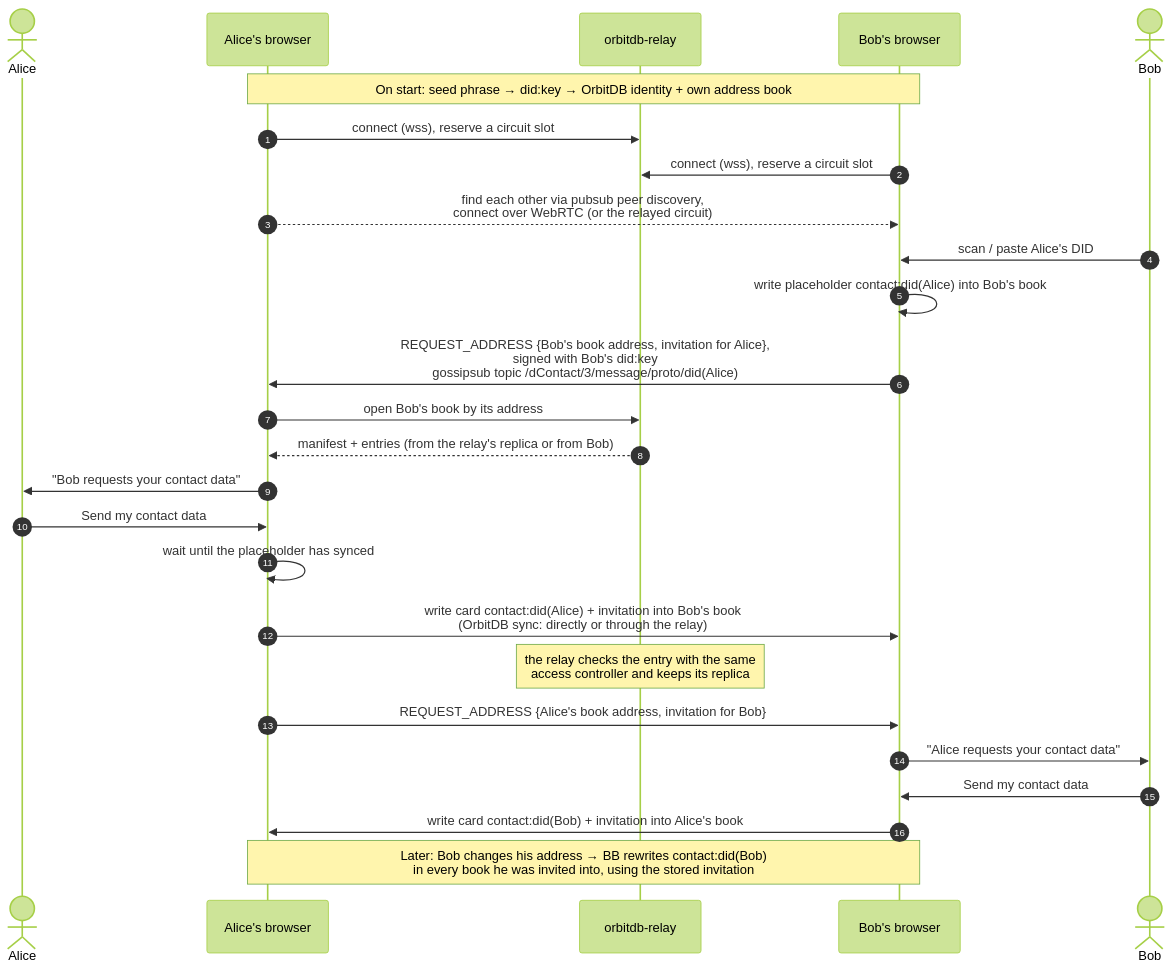
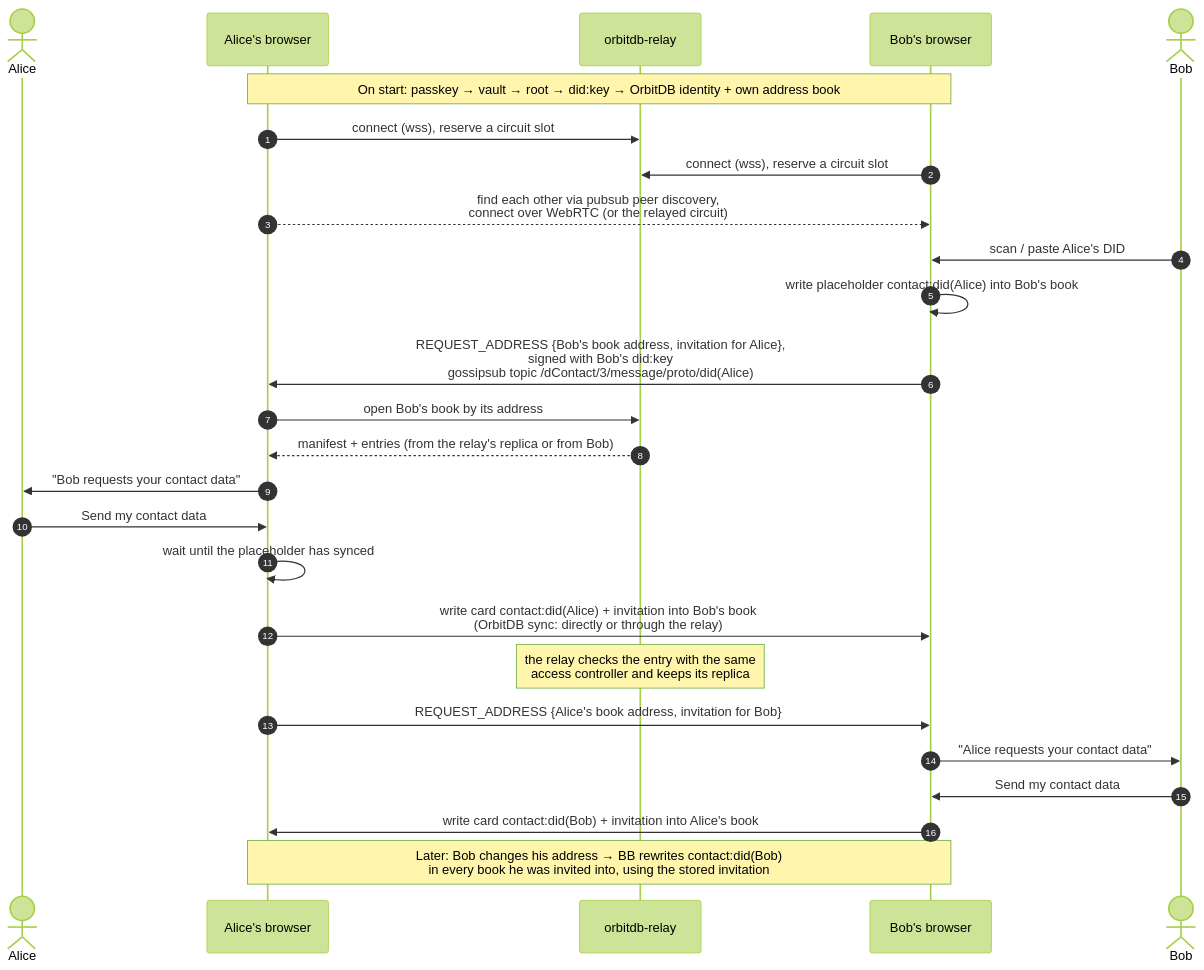
One commit to NiKrause/deContact changed the third of 3 diagrams in docs/how-it-works.md. Above: the diagram before and after it, drawn with Mermaid (forest theme). The commit also changed other lines of this file and 36 other files, not shown here.

````diff
--- a/docs/how-it-works.md
+++ b/docs/how-it-works.md
@@ -46,33 +87,33 @@
 ```mermaid
 sequenceDiagram
     autonumber
     actor Alice
     participant AB as Alice's browser
     participant R as orbitdb-relay
     participant BB as Bob's browser
     actor Bob
 
-    Note over AB,BB: On start: seed phrase → did:key → OrbitDB identity + own address book
+    Note over AB,BB: On start: passkey → vault → root → did:key → OrbitDB identity + own address book
     AB->>R: connect (wss), reserve a circuit slot
     BB->>R: connect (wss), reserve a circuit slot
     AB-->>BB: find each other via pubsub peer discovery,<br/>connect over WebRTC (or the relayed circuit)
 
     Bob->>BB: scan / paste Alice's DID
     BB->>BB: write placeholder contact:did(Alice) into Bob's book
     BB->>AB: REQUEST_ADDRESS {Bob's book address, invitation for Alice},<br/>signed with Bob's did:key<br/>gossipsub topic /dContact/3/message/proto/did(Alice)
 
     AB->>R: open Bob's book by its address
     R-->>AB: manifest + entries (from the relay's replica or from Bob)
     AB->>Alice: "Bob requests your contact data"
     Alice->>AB: Send my contact data
     AB->>AB: wait until the placeholder has synced
     AB->>BB: write card contact:did(Alice) + invitation into Bob's book<br/>(OrbitDB sync: directly or through the relay)
     Note over R: the relay checks the entry with the same<br/>access controller and keeps its replica
 
     AB->>BB: REQUEST_ADDRESS {Alice's book address, invitation for Bob}
     BB->>Bob: "Alice requests your contact data"
     Bob->>BB: Send my contact data
     BB->>AB: write card contact:did(Bob) + invitation into Alice's book
 
     Note over AB,BB: Later: Bob changes his address → BB rewrites contact:did(Bob)<br/>in every book he was invited into, using the stored invitation
 ```
````
